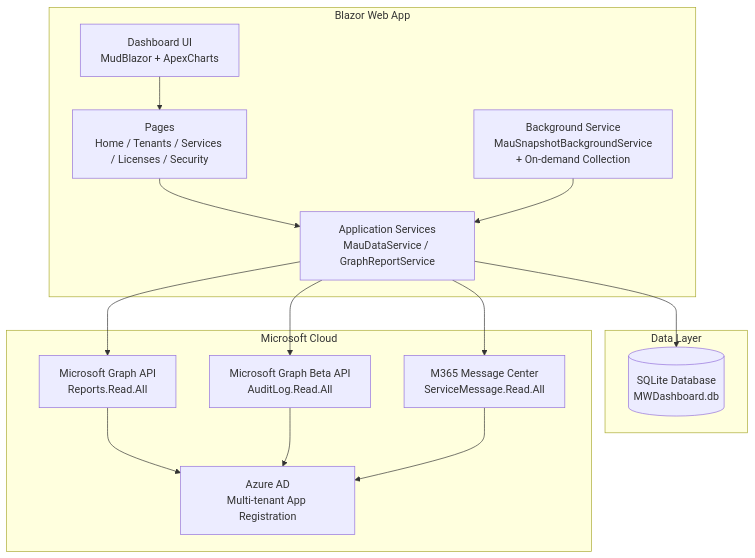
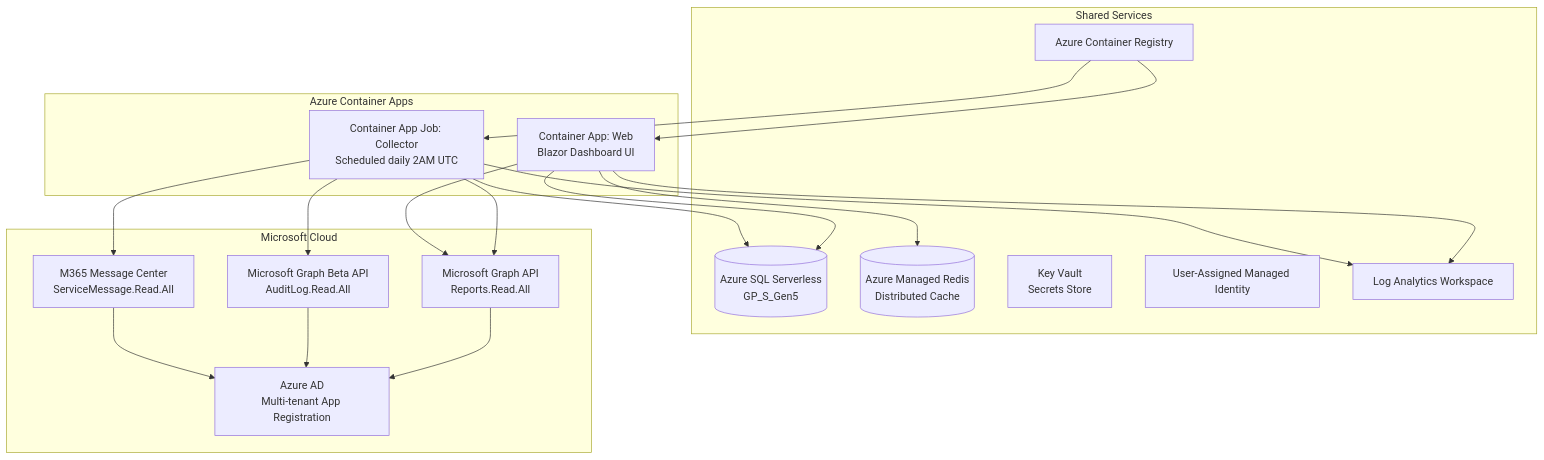
The first of 3 diagrams in docs/architecture.md (tdsnxnielsen-mikkelbach/MWDashboard), drawn with Mermaid before and after one commit. The commit also changed other lines of this file and 109 other files, not shown here.

````diff
--- a/docs/architecture.md
+++ b/docs/architecture.md
@@ -5,31 +5,38 @@
 ```mermaid
 graph TB
-    subgraph Blazor Web App
-        UI[Dashboard UI<br/>MudBlazor + ApexCharts]
-        Pages[Pages<br/>Home / Tenants / Services / Licenses / Security]
-        Services[Application Services<br/>MauDataService / GraphReportService]
-        BG[Background Service<br/>MauSnapshotBackgroundService<br/>+ On-demand Collection]
+    subgraph Azure Container Apps
+        Web[Container App: Web<br/>Blazor Dashboard UI]
+        Job[Container App Job: Collector<br/>Scheduled daily 2AM UTC]
     end
 
-    subgraph Data Layer
-        DB[(SQLite Database<br/>MWDashboard.db)]
+    subgraph Shared Services
+        SQL[(Azure SQL Serverless<br/>GP_S_Gen5)]
+        Redis[(Azure Managed Redis<br/>Distributed Cache)]
+        KV[Key Vault<br/>Secrets Store]
+        UAMI[User-Assigned Managed Identity]
+        ACR[Azure Container Registry]
+        Logs[Log Analytics Workspace]
     end
 
     subgraph Microsoft Cloud
         Graph[Microsoft Graph API<br/>Reports.Read.All]
         GraphBeta[Microsoft Graph Beta API<br/>AuditLog.Read.All]
         AAD[Azure AD<br/>Multi-tenant App Registration]
         MsgCenter[M365 Message Center<br/>ServiceMessage.Read.All]
     end
 
-    UI --> Pages
-    Pages --> Services
-    BG --> Services
-    Services --> DB
-    Services --> Graph
-    Services --> GraphBeta
-    Services --> MsgCenter
+    Web --> SQL
+    Web --> Redis
+    Job --> SQL
+    Job --> Graph
+    Job --> GraphBeta
+    Job --> MsgCenter
+    Web --> Graph
     Graph --> AAD
     GraphBeta --> AAD
     MsgCenter --> AAD
+    ACR --> Web
+    ACR --> Job
+    Web --> Logs
+    Job --> Logs
 ```
````
